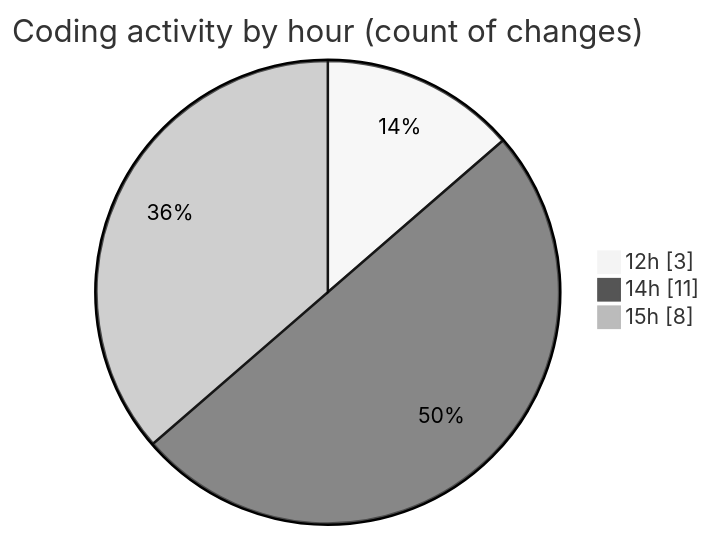
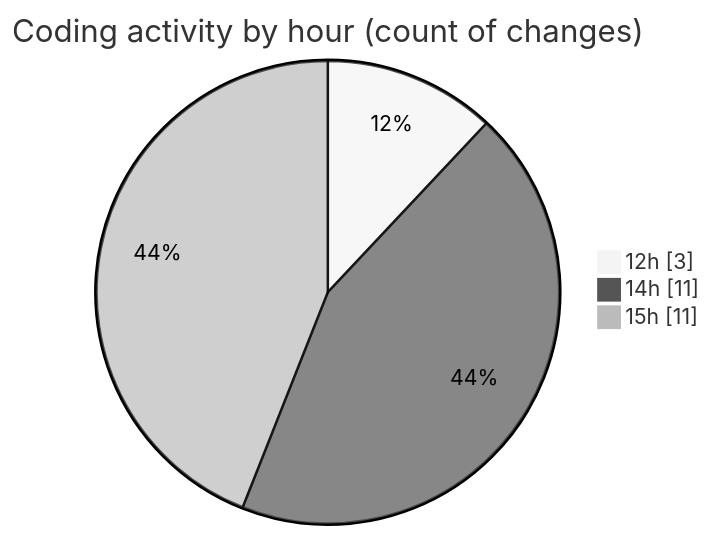
Before and after one commit to debugP/code-tracking: the second of 2 diagrams in 2025-10-16/untitled__workspace_/README.md, drawn with Mermaid (neutral theme). The commit also changed other lines of this file and 1 other file, not shown here.

````diff
--- a/2025-10-16/untitled__workspace_/README.md
+++ b/2025-10-16/untitled__workspace_/README.md
@@ -32,7 +32,7 @@
 ```mermaid
 pie showData
 title Coding activity by hour (count of changes)
 "12h" : 3
 "14h" : 11
-"15h" : 8
+"15h" : 11
 ```
````
